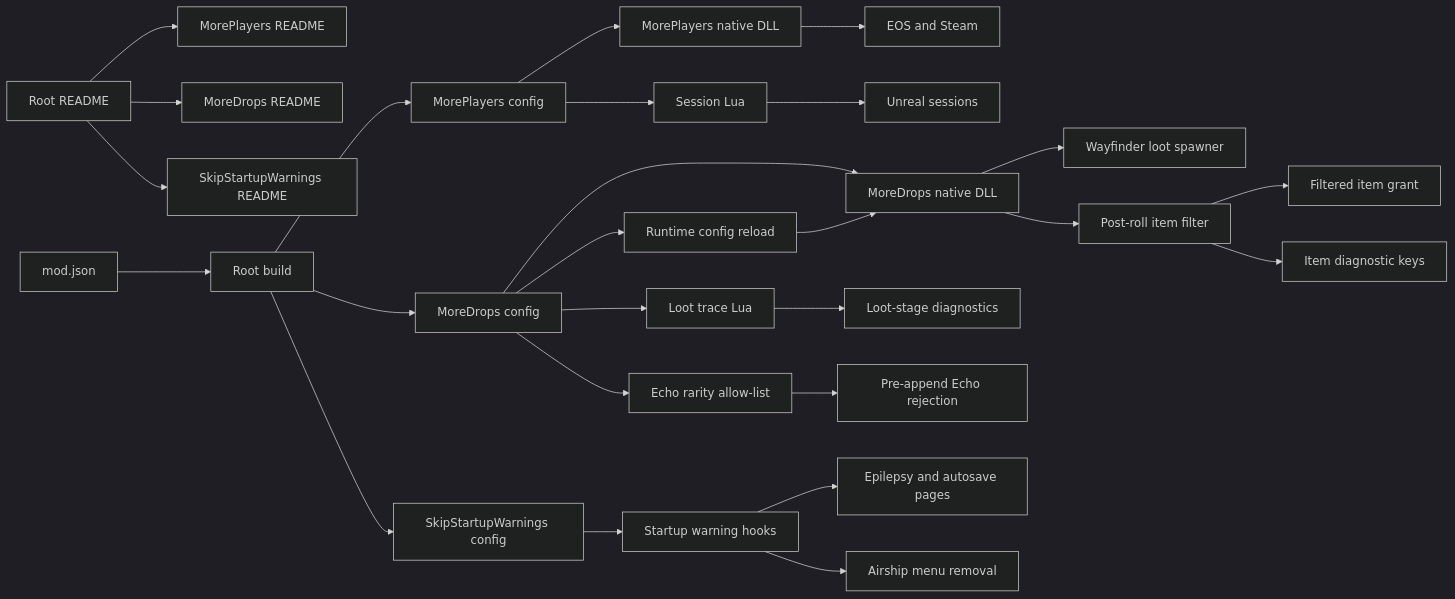
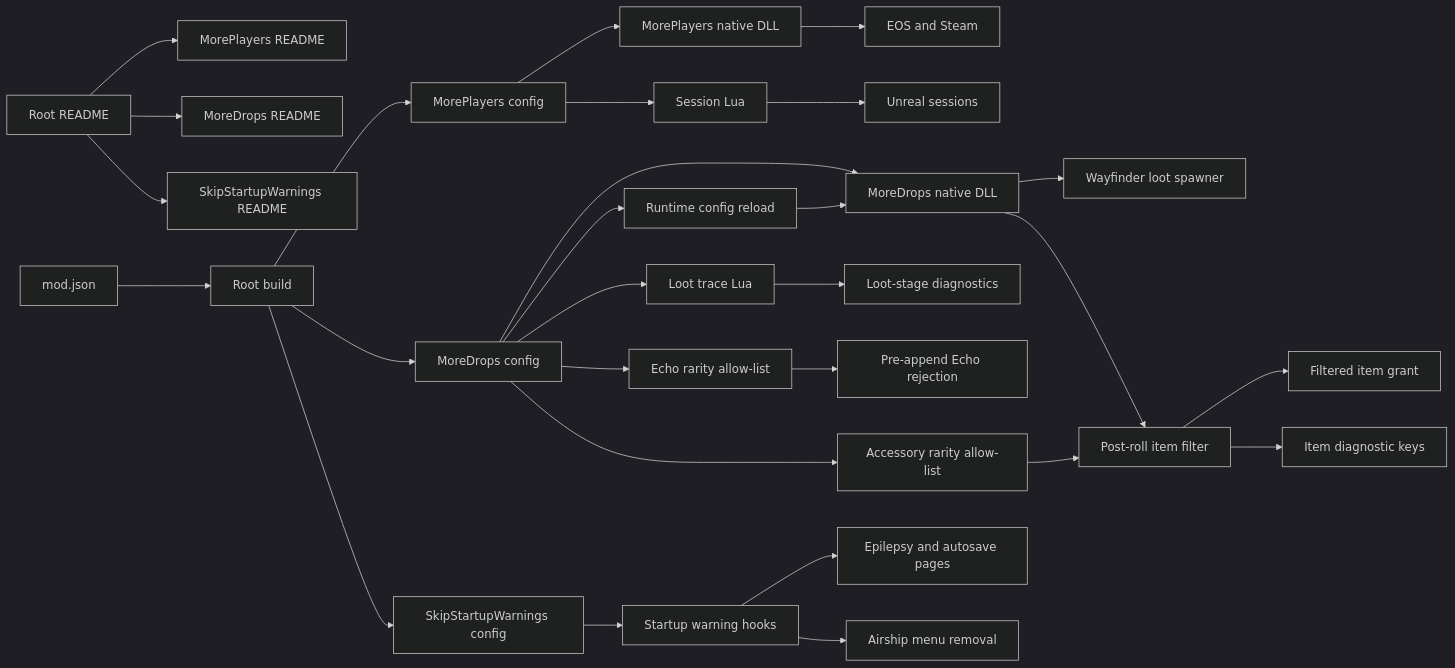
One commit to TheAngryByrd/Wayfinder-Mods changed the diagram in lode/summary.md. Above: the diagram before and after it, drawn with Mermaid (dark theme). The commit also changed other lines of this file and 6 other files, not shown here.

Commit message:
Add accessory rarity filtering

````diff
--- a/lode/summary.md
+++ b/lode/summary.md
@@ -13,28 +15,30 @@
 ```mermaid
 flowchart LR
     Catalog[Root README] --> Players[MorePlayers README]
     Catalog --> Drops[MoreDrops README]
     Catalog --> Startup[SkipStartupWarnings README]
     Manifest[mod.json] --> Build[Root build]
     Build --> PlayersConfig[MorePlayers config]
     Build --> DropsConfig[MoreDrops config]
     Build --> StartupConfig[SkipStartupWarnings config]
     PlayersConfig --> PlayerNative[MorePlayers native DLL]
     PlayersConfig --> SessionLua[Session Lua]
     DropsConfig --> LootNative[MoreDrops native DLL]
     DropsConfig --> ConfigReload[Runtime config reload]
     ConfigReload --> LootNative
     DropsConfig --> LootLua[Loot trace Lua]
     PlayerNative --> Online[EOS and Steam]
     SessionLua --> Unreal[Unreal sessions]
     LootNative --> Spawner[Wayfinder loot spawner]
     LootNative --> ItemFilter[Post-roll item filter]
     ItemFilter --> ItemGrant[Filtered item grant]
     DropsConfig --> EchoSetting[Echo rarity allow-list]
     EchoSetting --> EchoReject[Pre-append Echo rejection]
+    DropsConfig --> AccessorySetting[Accessory rarity allow-list]
+    AccessorySetting --> ItemFilter
     ItemFilter --> ItemLog[Item diagnostic keys]
     LootLua --> Trace[Loot-stage diagnostics]
     StartupConfig --> WarningHooks[Startup warning hooks]
     WarningHooks --> WarningPages[Epilepsy and autosave pages]
     WarningHooks --> MenuExit[Airship menu removal]
 ```
````
